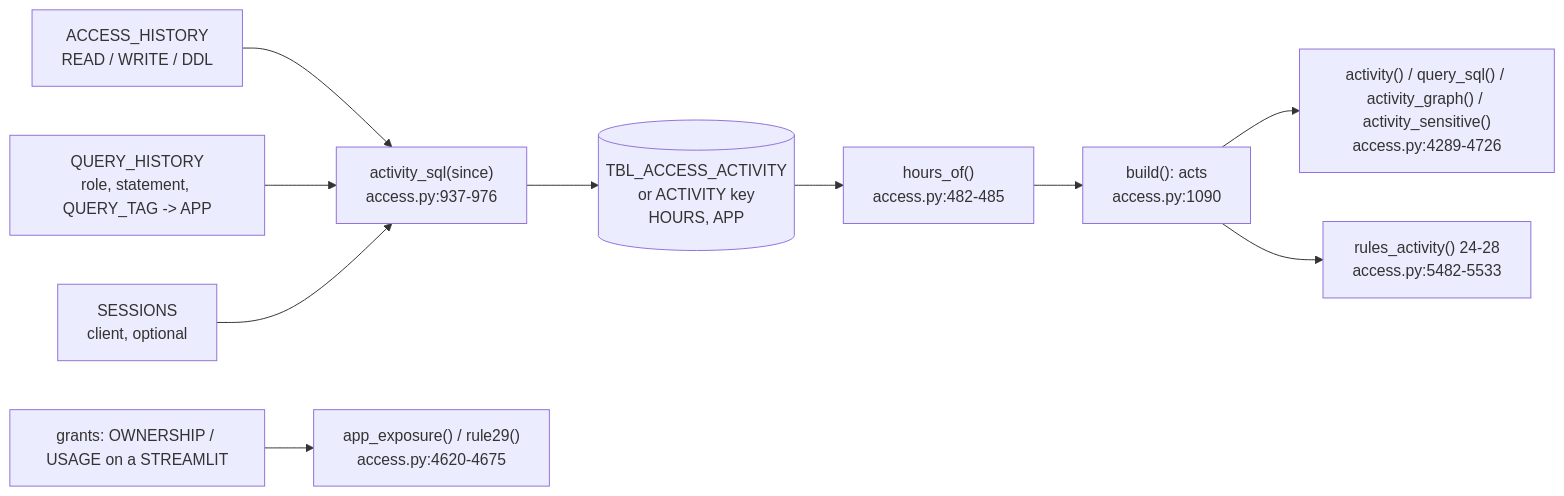
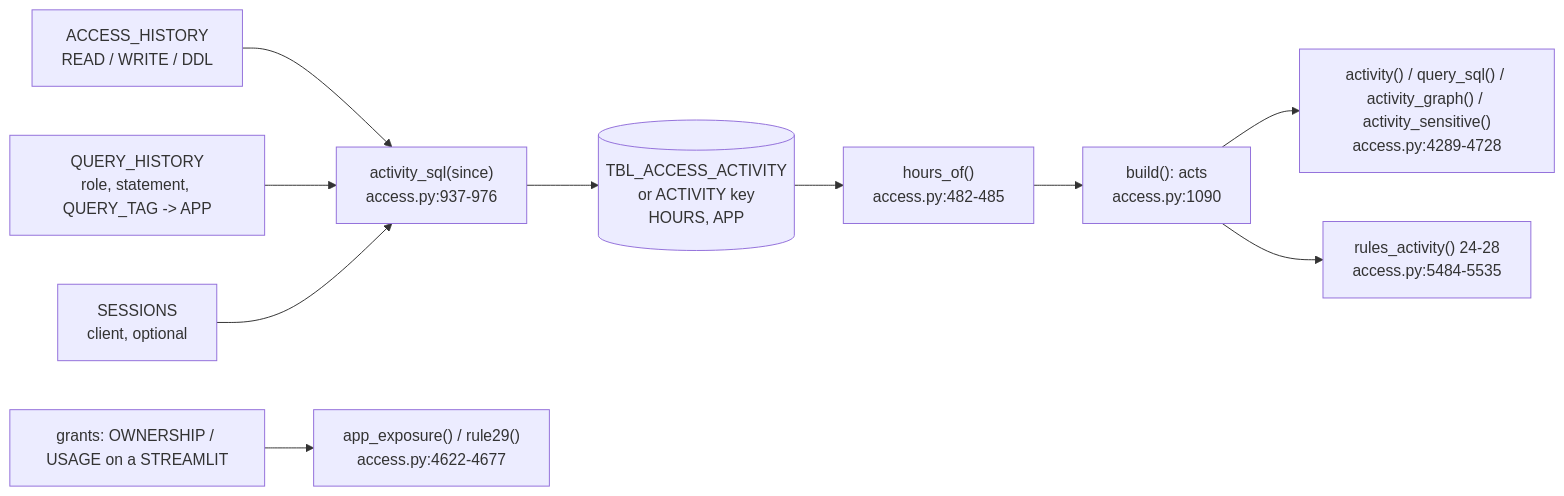
Before and after one commit to darshanmeel/snowflake-access-explorer: the diagram in snowflake-access-explorer-knowledge-graph/logic/activity.md, drawn with Mermaid. The commit also changed other lines of this file and 29 other files, not shown here.

Commit message:
Docs and knowledge graph: business time moves days, hours and weekends (dh, localize, TZ_HOURS)

````diff
--- a/snowflake-access-explorer-knowledge-graph/logic/activity.md
+++ b/snowflake-access-explorer-knowledge-graph/logic/activity.md
@@ -6,12 +6,12 @@
 ```mermaid
 flowchart LR
   AH[ACCESS_HISTORY<br/>READ / WRITE / DDL] --> SQLA["activity_sql(since)<br/>access.py:937-976"]
   QH[QUERY_HISTORY<br/>role, statement, QUERY_TAG -> APP] --> SQLA
   SE[SESSIONS<br/>client, optional] --> SQLA
   SQLA --> T[(TBL_ACCESS_ACTIVITY<br/>or ACTIVITY key<br/>HOURS, APP)]
   T --> HO["hours_of()<br/>access.py:482-485"]
   HO --> ACTS["build(): acts<br/>access.py:1090"]
-  ACTS --> TAB["activity() / query_sql() / activity_graph() / activity_sensitive()<br/>access.py:4289-4726"]
-  ACTS --> R["rules_activity() 24-28<br/>access.py:5482-5533"]
-  G[grants: OWNERSHIP / USAGE on a STREAMLIT] --> AX["app_exposure() / rule29()<br/>access.py:4620-4675"]
+  ACTS --> TAB["activity() / query_sql() / activity_graph() / activity_sensitive()<br/>access.py:4289-4728"]
+  ACTS --> R["rules_activity() 24-28<br/>access.py:5484-5535"]
+  G[grants: OWNERSHIP / USAGE on a STREAMLIT] --> AX["app_exposure() / rule29()<br/>access.py:4622-4677"]
 ```
````
